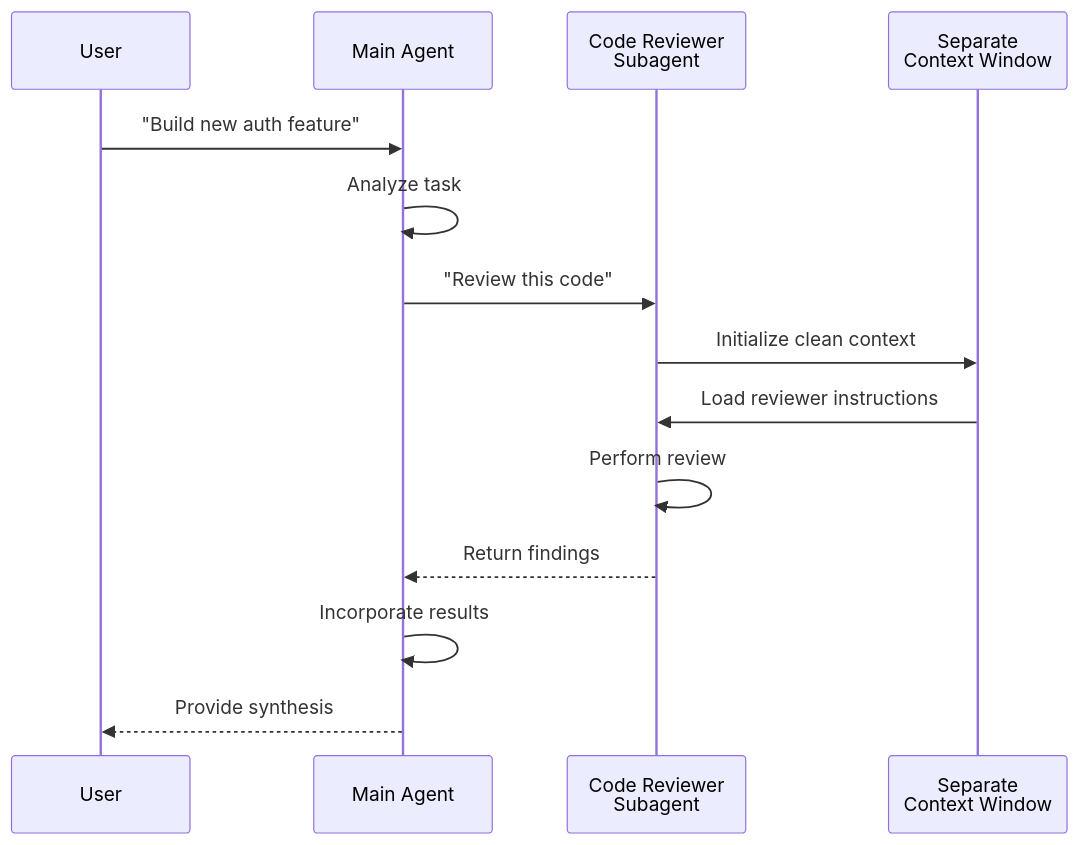
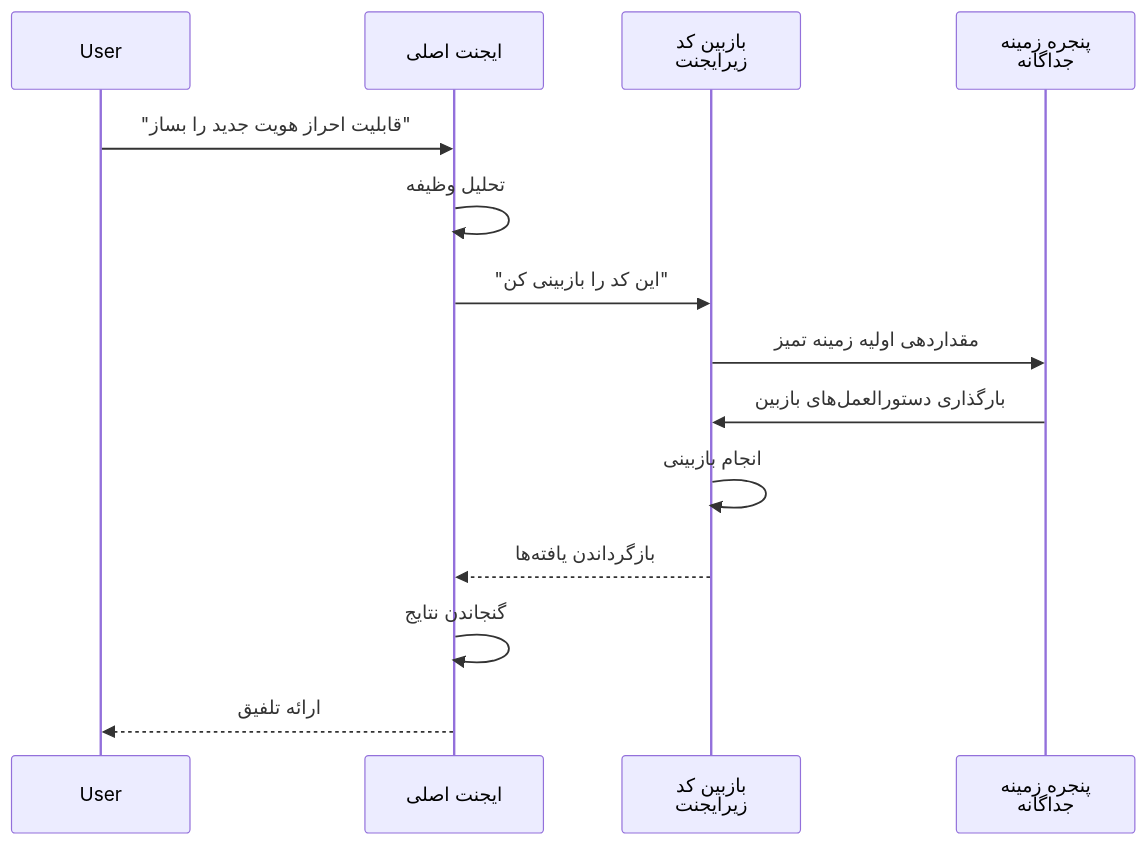
One commit to hassanbht/claude-howto changed the fifth of 7 diagrams in fa/04-subagents/README.md. Above: the diagram before and after it, drawn with Mermaid. The commit also changed other lines of this file and 53 other files, not shown here.

````diff
--- a/fa/04-subagents/README.md
+++ b/fa/04-subagents/README.md
@@ -908,17 +906,17 @@
 ```mermaid
 sequenceDiagram
     participant User
-    participant MainAgent as Main Agent
-    participant CodeReviewer as Code Reviewer<br/>Subagent
-    participant Context as Separate<br/>Context Window
+    participant MainAgent as ایجنت اصلی
+    participant CodeReviewer as بازبین کد<br/>زیرایجنت
+    participant Context as پنجره زمینه<br/>جداگانه
 
-    User->>MainAgent: "Build new auth feature"
-    MainAgent->>MainAgent: Analyze task
-    MainAgent->>CodeReviewer: "Review this code"
-    CodeReviewer->>Context: Initialize clean context
-    Context->>CodeReviewer: Load reviewer instructions
-    CodeReviewer->>CodeReviewer: Perform review
-    CodeReviewer-->>MainAgent: Return findings
-    MainAgent->>MainAgent: Incorporate results
-    MainAgent-->>User: Provide synthesis
+    User->>MainAgent: "قابلیت احراز هویت جدید را بساز"
+    MainAgent->>MainAgent: تحلیل وظیفه
+    MainAgent->>CodeReviewer: "این کد را بازبینی کن"
+    CodeReviewer->>Context: مقداردهی اولیه زمینه تمیز
+    Context->>CodeReviewer: بارگذاری دستورالعمل‌های بازبین
+    CodeReviewer->>CodeReviewer: انجام بازبینی
+    CodeReviewer-->>MainAgent: بازگرداندن یافته‌ها
+    MainAgent->>MainAgent: گنجاندن نتایج
+    MainAgent-->>User: ارائه تلفیق
 ```
````
